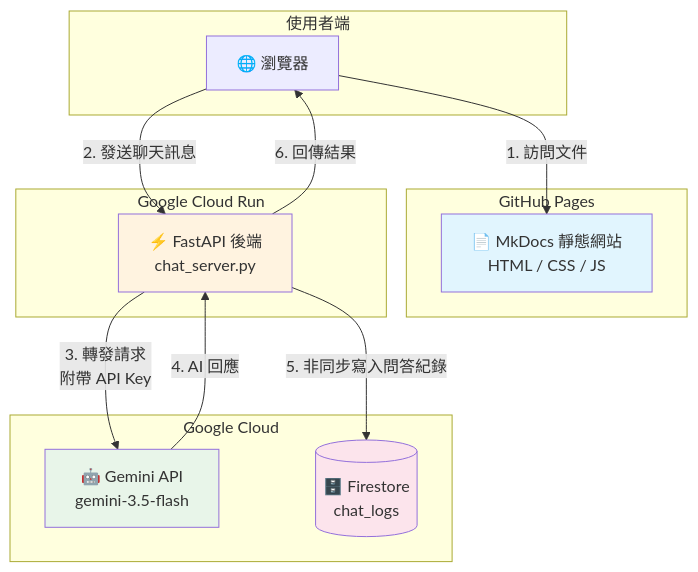
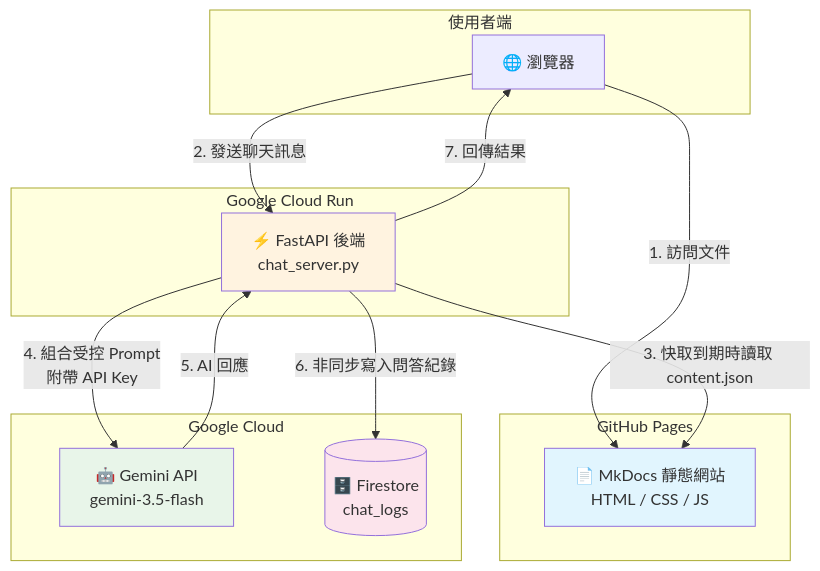
One commit to CaoCharles/dcka-class-notes changed the diagram in README.md. Above: the diagram before and after it, drawn with Mermaid. The commit also changed other lines of this file and 23 other files, not shown here.

Commit message:
feat: move chatbot prompt ownership to backend

````diff
--- a/README.md
+++ b/README.md
@@ -58,31 +58,32 @@
 ```mermaid
 flowchart TB
     subgraph 使用者端
         Browser[🌐 瀏覽器]
     end
 
     subgraph GitHub Pages
         Frontend[📄 MkDocs 靜態網站<br/>HTML / CSS / JS]
     end
 
     subgraph Google Cloud Run
         Backend[⚡ FastAPI 後端<br/>chat_server.py]
     end
 
     subgraph Google Cloud
         Gemini[🤖 Gemini API<br/>gemini-3.5-flash]
         Firestore[(🗄️ Firestore<br/>chat_logs)]
     end
 
     Browser -->|1. 訪問文件| Frontend
     Browser -->|2. 發送聊天訊息| Backend
-    Backend -->|3. 轉發請求<br/>附帶 API Key| Gemini
-    Gemini -->|4. AI 回應| Backend
-    Backend -->|5. 非同步寫入問答紀錄| Firestore
-    Backend -->|6. 回傳結果| Browser
+    Backend -->|3. 快取到期時讀取 content.json| Frontend
+    Backend -->|4. 組合受控 Prompt<br/>附帶 API Key| Gemini
+    Gemini -->|5. AI 回應| Backend
+    Backend -->|6. 非同步寫入問答紀錄| Firestore
+    Backend -->|7. 回傳結果| Browser
 
     style Frontend fill:#e1f5fe
     style Backend fill:#fff3e0
     style Gemini fill:#e8f5e9
     style Firestore fill:#fce4ec
 ```
````
